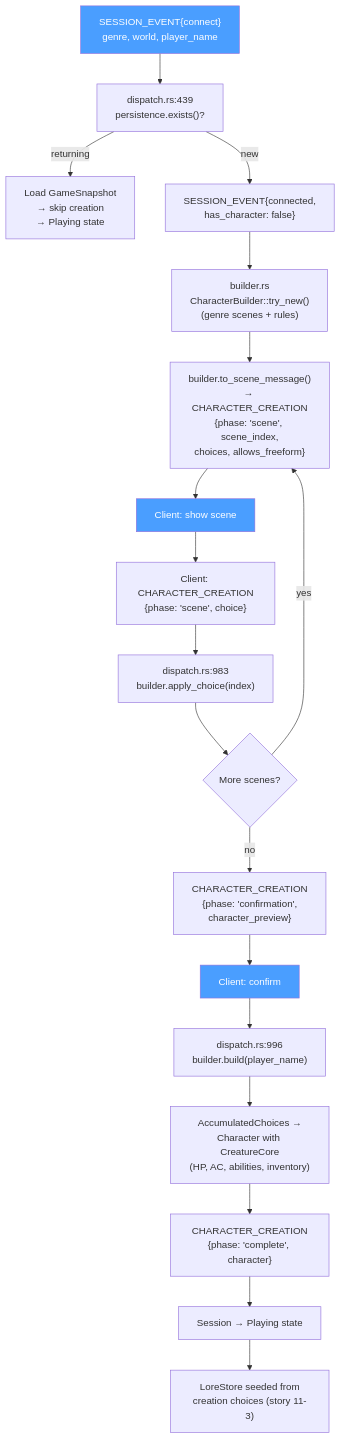
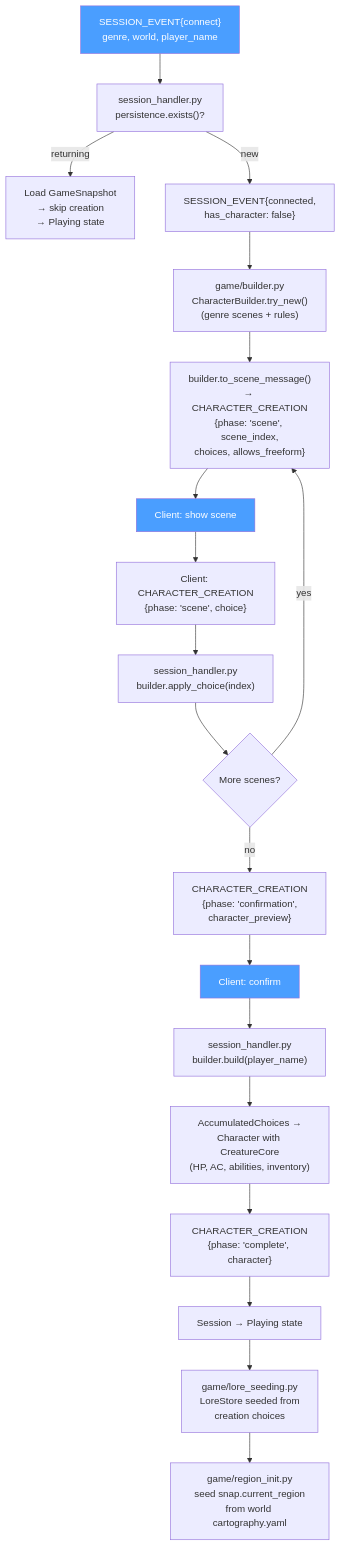
The seventh of 15 diagrams in docs/wiring-diagrams.md (slabgorb/sidequest), drawn with Mermaid before and after one commit. The commit also changed other lines of this file and 4 other files, not shown here.

````diff
--- a/docs/wiring-diagrams.md
+++ b/docs/wiring-diagrams.md
@@ -426,27 +450,28 @@
 ```mermaid
 flowchart TD
-    A["SESSION_EVENT{connect}<br/>genre, world, player_name"] --> B["dispatch.rs:439<br/>persistence.exists()?"]
+    A["SESSION_EVENT{connect}<br/>genre, world, player_name"] --> B["session_handler.py<br/>persistence.exists()?"]
     B -->|"returning"| C["Load GameSnapshot<br/>→ skip creation<br/>→ Playing state"]
     B -->|"new"| D["SESSION_EVENT{connected,<br/>has_character: false}"]
 
-    D --> E["builder.rs<br/>CharacterBuilder::try_new()<br/>(genre scenes + rules)"]
+    D --> E["game/builder.py<br/>CharacterBuilder.try_new()<br/>(genre scenes + rules)"]
     E --> F["builder.to_scene_message()<br/>→ CHARACTER_CREATION<br/>{phase: 'scene', scene_index,<br/>choices, allows_freeform}"]
 
     F --> G["Client: show scene"]
     G --> H["Client: CHARACTER_CREATION<br/>{phase: 'scene', choice}"]
-    H --> I["dispatch.rs:983<br/>builder.apply_choice(index)"]
+    H --> I["session_handler.py<br/>builder.apply_choice(index)"]
     I --> J{"More scenes?"}
     J -->|"yes"| F
     J -->|"no"| K["CHARACTER_CREATION<br/>{phase: 'confirmation',<br/>character_preview}"]
 
     K --> L["Client: confirm"]
-    L --> M["dispatch.rs:996<br/>builder.build(player_name)"]
+    L --> M["session_handler.py<br/>builder.build(player_name)"]
     M --> N["AccumulatedChoices →<br/>Character with CreatureCore<br/>(HP, AC, abilities, inventory)"]
     N --> O["CHARACTER_CREATION<br/>{phase: 'complete', character}"]
     O --> P["Session → Playing state"]
-    P --> Q["LoreStore seeded from<br/>creation choices (story 11-3)"]
+    P --> Q["game/lore_seeding.py<br/>LoreStore seeded from<br/>creation choices"]
+    Q --> R["game/region_init.py<br/>seed snap.current_region<br/>from world cartography.yaml"]
 
     style A fill:#4a9eff,color:#fff
     style G fill:#4a9eff,color:#fff
     style L fill:#4a9eff,color:#fff
 ```
````
